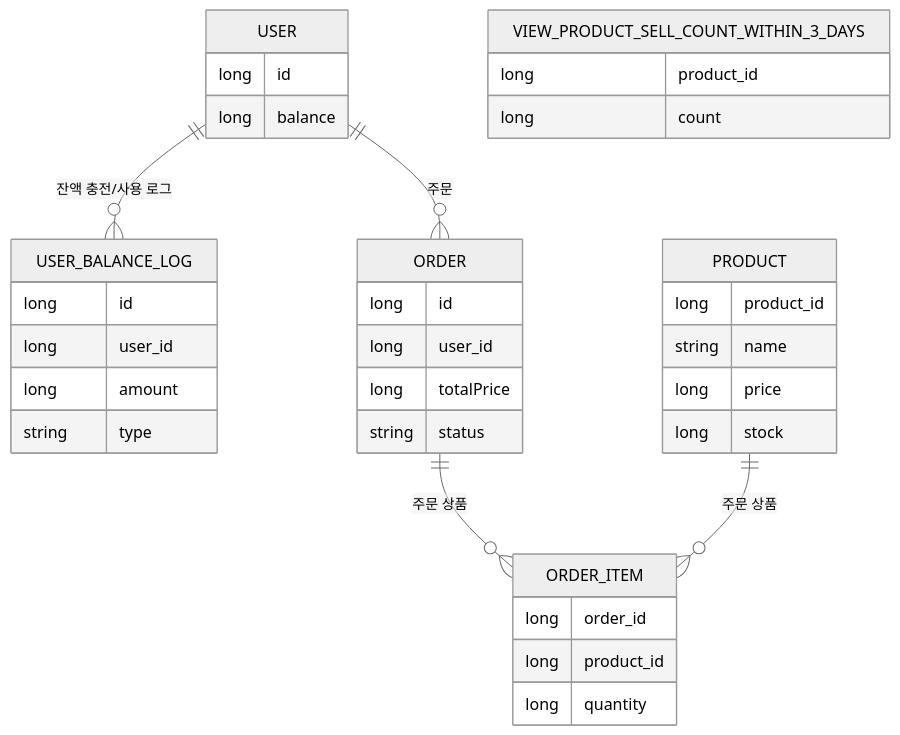
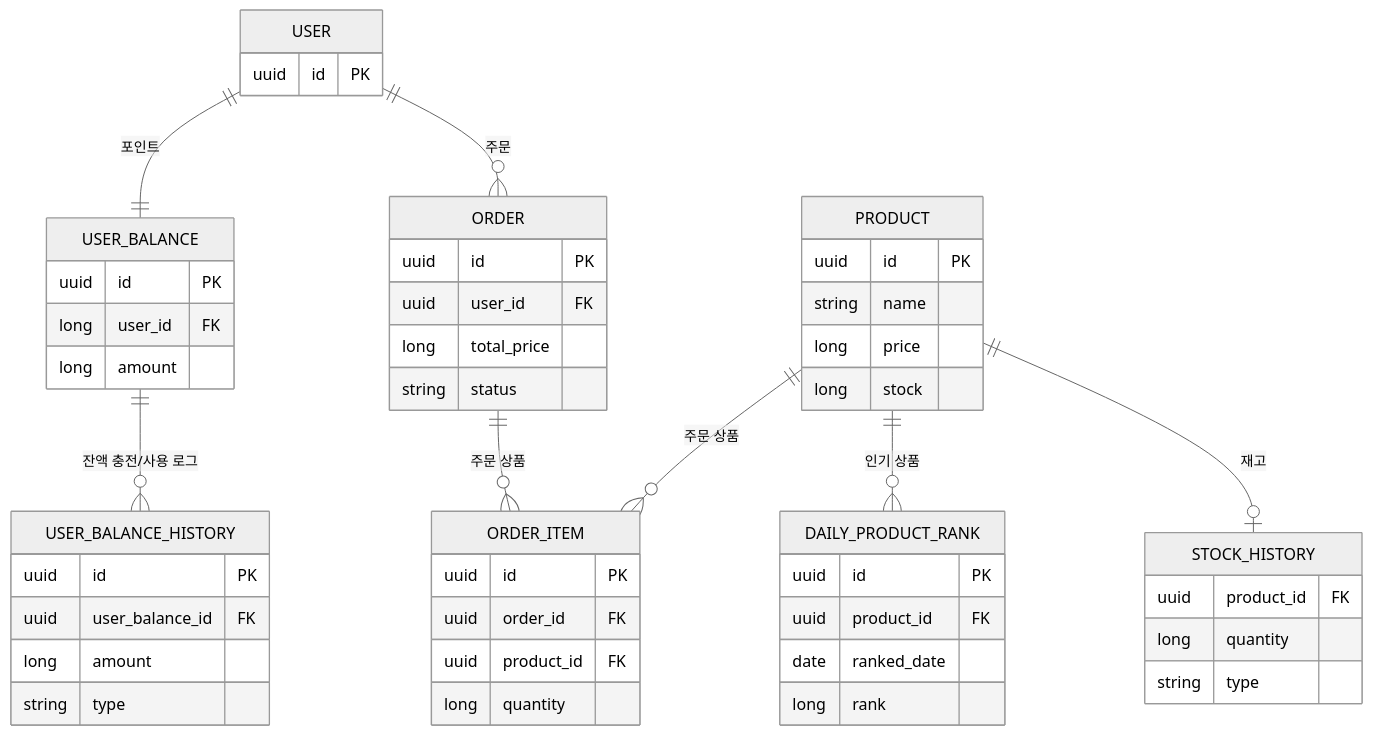
One commit to newbieJanghan/hh_plus_server changed the second of 2 diagrams in README.md. Above: the diagram before and after it, drawn with Mermaid (neutral theme).

Commit message:
Docs: ERD 수정

````diff
--- a/README.md
+++ b/README.md
@@ -303,38 +303,53 @@
 ```mermaid
 erDiagram
     USER {
-        long id
-        long balance
+        uuid id PK
     }
-    USER_BALANCE_LOG {
-        long id
-        long user_id
+    USER_BALANCE {
+        uuid id PK
+        long user_id FK
+        long amount
+    }
+    USER_BALANCE_HISTORY {
+        uuid id PK
+        uuid user_balance_id FK
         long amount
         string type
     }
     PRODUCT {
-        long product_id
+        uuid id PK
         string name
         long price
         long stock
     }
+    STOCK_HISTORY {
+        uuid product_id FK
+        long quantity
+        string type
+    }
     ORDER {
-        long id
-        long user_id
-        long totalPrice
+        uuid id PK
+        uuid user_id FK
+        long total_price
         string status
     }
     ORDER_ITEM {
-        long order_id
-        long product_id
+        uuid id PK
+        uuid order_id FK
+        uuid product_id FK
         long quantity
     }
-    VIEW_PRODUCT_SELL_COUNT_WITHIN_3_DAYS {
-        long product_id
-        long count
+    DAILY_PRODUCT_RANK {
+        uuid id PK
+        uuid product_id FK
+        date ranked_date
+        long rank
     }
-    USER ||--o{ USER_BALANCE_LOG: "잔액 충전/사용 로그"
+    USER ||--|| USER_BALANCE: "포인트"
+    USER_BALANCE ||--o{ USER_BALANCE_HISTORY: "잔액 충전/사용 로그"
     USER ||--o{ ORDER: "주문"
     ORDER ||--o{ ORDER_ITEM: "주문 상품"
+    PRODUCT ||--o{ DAILY_PRODUCT_RANK: "인기 상품"
     PRODUCT ||--o{ ORDER_ITEM: "주문 상품"
+    PRODUCT ||--o| STOCK_HISTORY: "재고"
 ```
````
